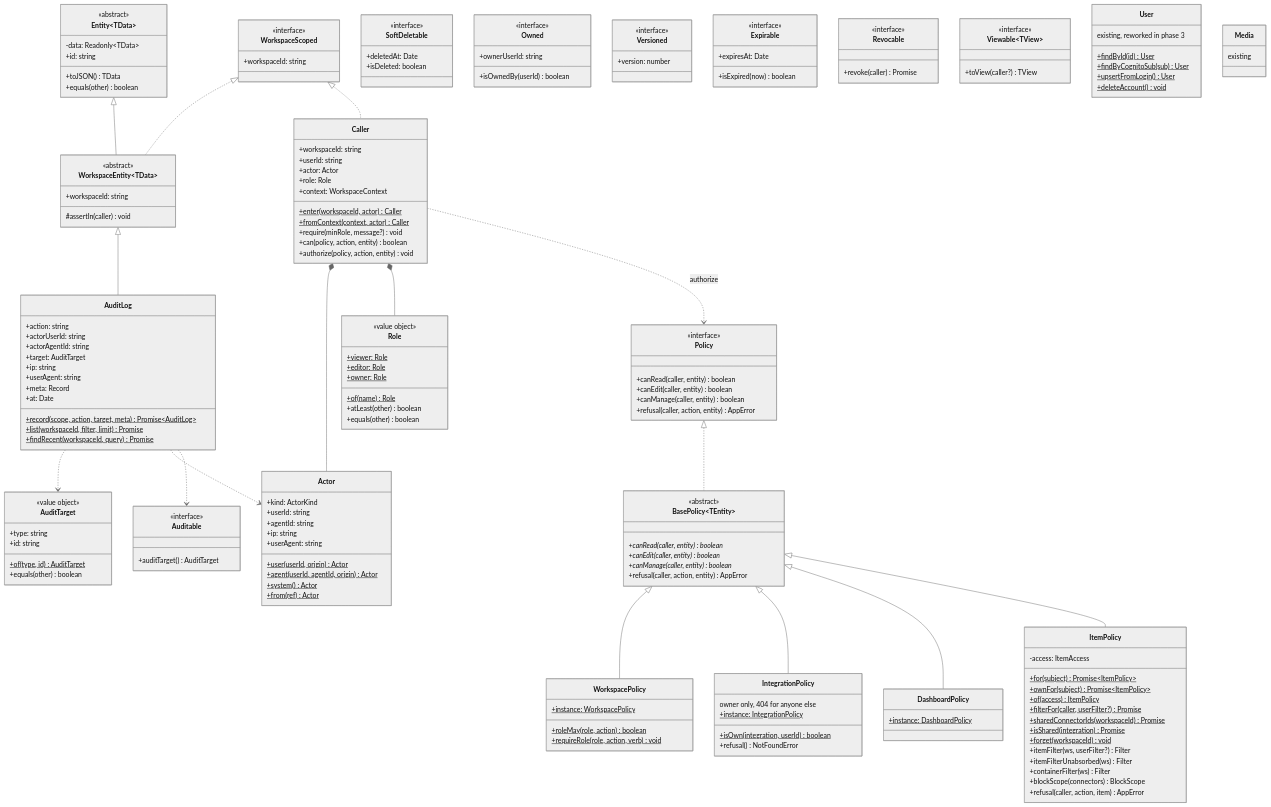
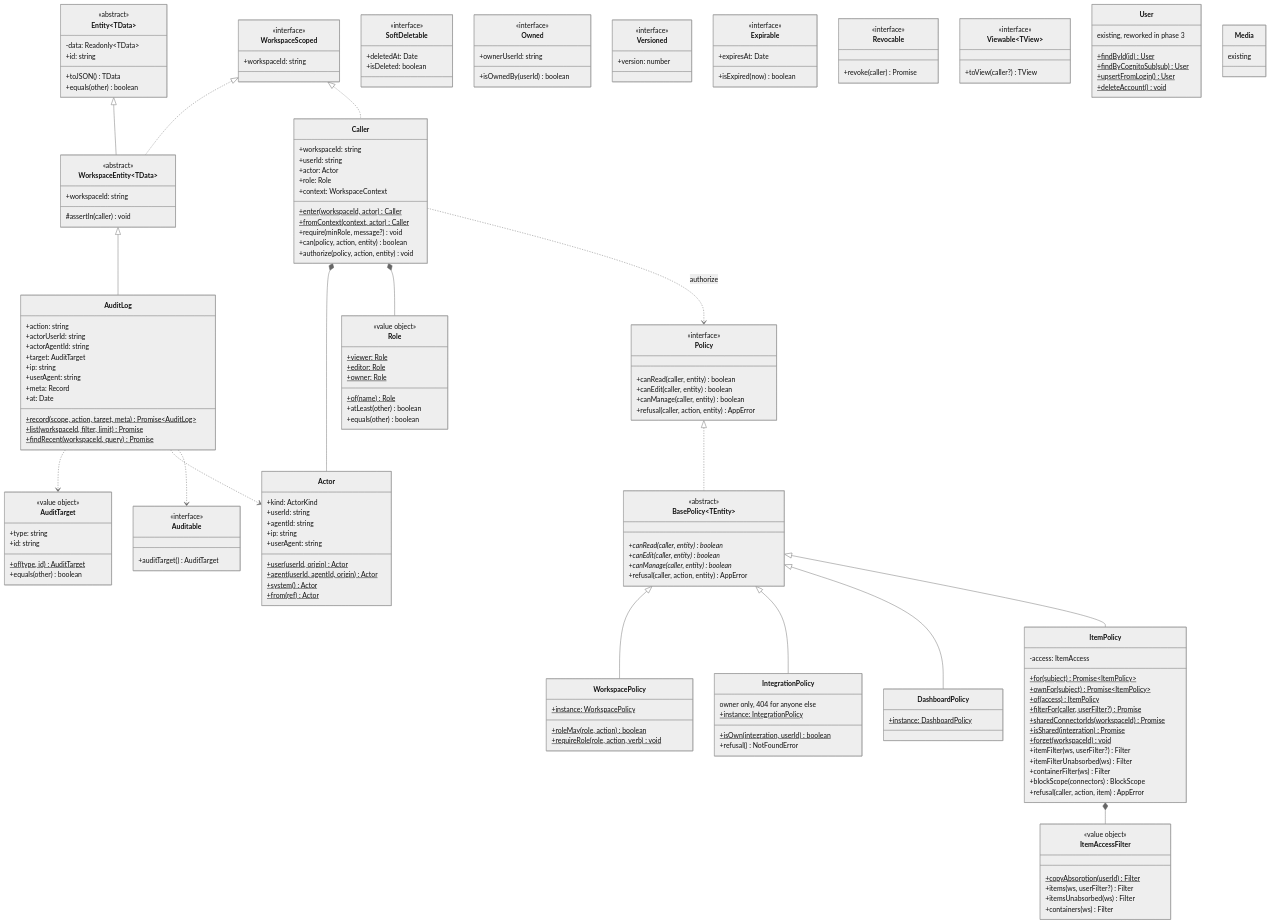
The first of 7 diagrams in docs/design/CLASSES.md (shalev396/ToDoList), drawn with Mermaid (neutral theme) before and after one commit. The commit also changed other lines of this file, not shown here.

```diff
--- a/docs/design/CLASSES.md
+++ b/docs/design/CLASSES.md
@@ -186,6 +186,14 @@
     +blockScope(connectors) BlockScope
     +refusal(caller, action, item) AppError
   }
+  class ItemAccessFilter {
+    <<value object>>
+    +copyAbsorption(userId)$ Filter
+    +items(ws, userFilter?) Filter
+    +itemsUnabsorbed(ws) Filter
+    +containers(ws) Filter
+  }
+  ItemPolicy *-- ItemAccessFilter
   Policy <|.. BasePolicy
   BasePolicy <|-- WorkspacePolicy
   BasePolicy <|-- IntegrationPolicy
@@ -243,6 +251,7 @@
   class IntegrationPolicy:::built
   class DashboardPolicy:::built
   class ItemPolicy:::built
+  class ItemAccessFilter:::built
   class AuditLog:::built
   class User:::built
   class Media:::built
```
